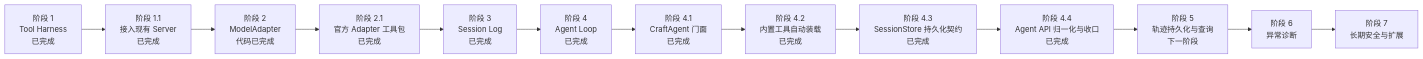
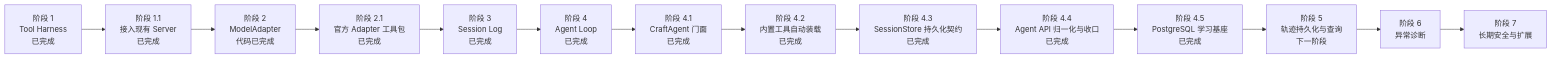
One commit to AlbertE1990/crafteHarness changed the diagram in docs/product/roadmap.md. Above: the diagram before and after it, drawn with Mermaid. The commit also changed other lines of this file and 30 other files, not shown here.

Commit message:
Implement PostgreSQL session store and session query model

````diff
--- a/docs/product/roadmap.md
+++ b/docs/product/roadmap.md
@@ -16,15 +16,16 @@
 ```mermaid
 flowchart LR
   P1[阶段 1<br/>Tool Harness<br/>已完成] --> P11[阶段 1.1<br/>接入现有 Server<br/>已完成]
   P11 --> P2[阶段 2<br/>ModelAdapter<br/>代码已完成]
   P2 --> P21[阶段 2.1<br/>官方 Adapter 工具包<br/>已完成]
   P21 --> P3[阶段 3<br/>Session Log<br/>已完成]
   P3 --> P4[阶段 4<br/>Agent Loop<br/>已完成]
   P4 --> P41[阶段 4.1<br/>CraftAgent 门面<br/>已完成]
   P41 --> P42[阶段 4.2<br/>内置工具自动装载<br/>已完成]
   P42 --> P43[阶段 4.3<br/>SessionStore 持久化契约<br/>已完成]
   P43 --> P44[阶段 4.4<br/>Agent API 归一化与收口<br/>已完成]
-  P44 --> P5[阶段 5<br/>轨迹持久化与查询<br/>下一阶段]
+  P44 --> P45[阶段 4.5<br/>PostgreSQL 学习基座<br/>已完成]
+  P45 --> P5[阶段 5<br/>轨迹持久化与查询<br/>下一阶段]
   P5 --> P6[阶段 6<br/>异常诊断]
   P6 --> P7[阶段 7<br/>长期安全与扩展]
 ```
````
